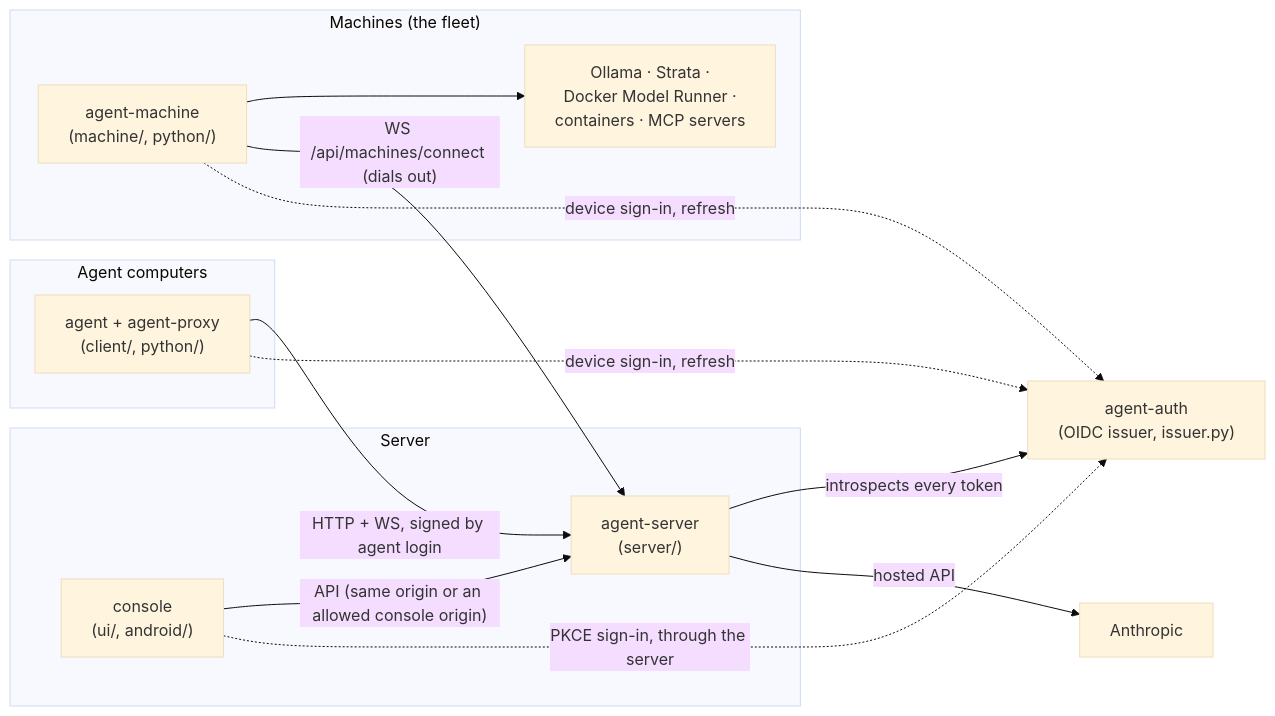
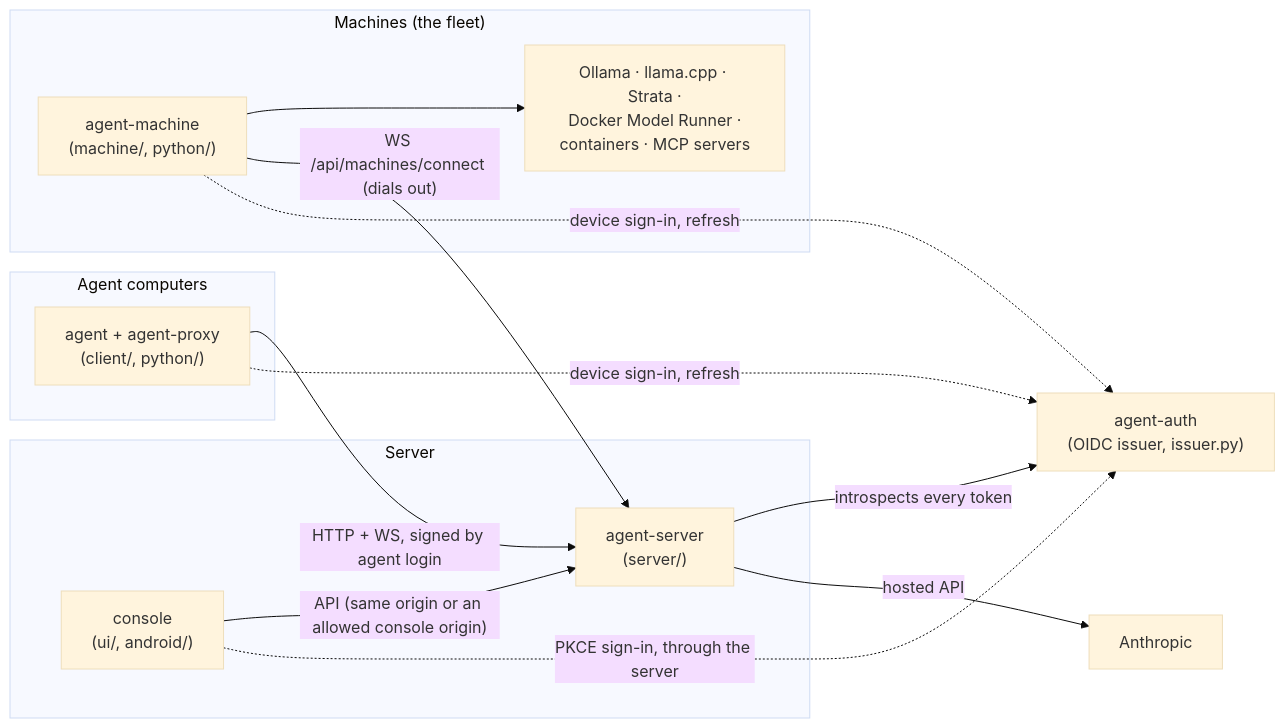
Before and after one commit to joeyenfield/ai-coding-agent-proxy: the first of 2 diagrams in .context/overview.md, drawn with Mermaid (base theme). The commit also changed other lines of this file and 63 other files, not shown here.

Commit message:
llama.cpp as a provider: agent-machine installs (Termux packages or a SHA-256-checked GitHub build), configures and runs llama-server in router mode, downloads Hugging Face models through it, and runs it in containers; agents' traffic passes through

````diff
--- a/.context/overview.md
+++ b/.context/overview.md
@@ -7,24 +7,24 @@
 ```mermaid
 flowchart LR
   subgraph AG["Agent computers"]
     agent["agent + agent-proxy<br/>(client/, python/)"]
   end
   subgraph HUB["Server"]
     server["agent-server<br/>(server/)"]
     console["console<br/>(ui/, android/)"]
   end
   subgraph FL["Machines (the fleet)"]
     machine["agent-machine<br/>(machine/, python/)"]
-    models["Ollama · Strata ·<br/>Docker Model Runner ·<br/>containers · MCP servers"]
+    models["Ollama · llama.cpp · Strata ·<br/>Docker Model Runner ·<br/>containers · MCP servers"]
     machine --> models
   end
   issuer["agent-auth<br/>(OIDC issuer, issuer.py)"]
   agent -- "HTTP + WS, signed by agent login" --> server
   console -- "API (same origin or an allowed console origin)" --> server
   machine -- "WS /api/machines/connect (dials out)" --> server
   agent -.->|"device sign-in, refresh"| issuer
   machine -.->|"device sign-in, refresh"| issuer
   console -.->|"PKCE sign-in, through the server"| issuer
   server -- "introspects every token" --> issuer
   server -- "hosted API" --> hosted["Anthropic"]
 ```
````
